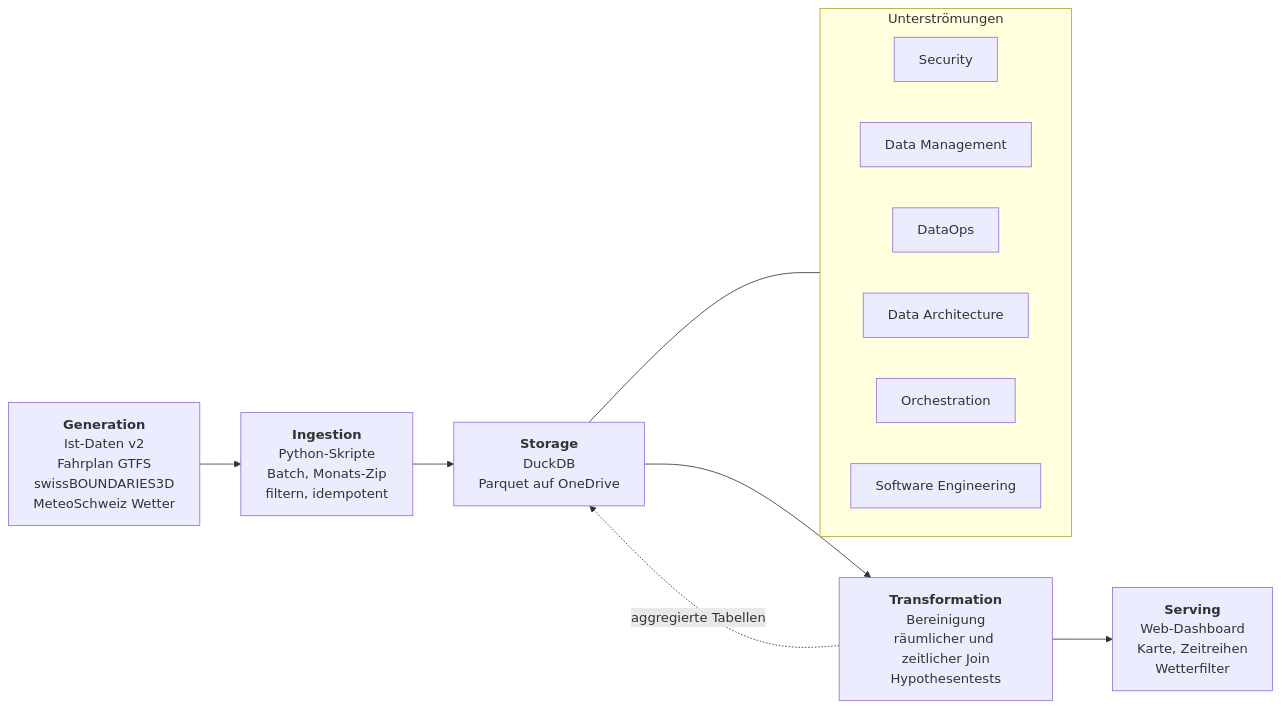
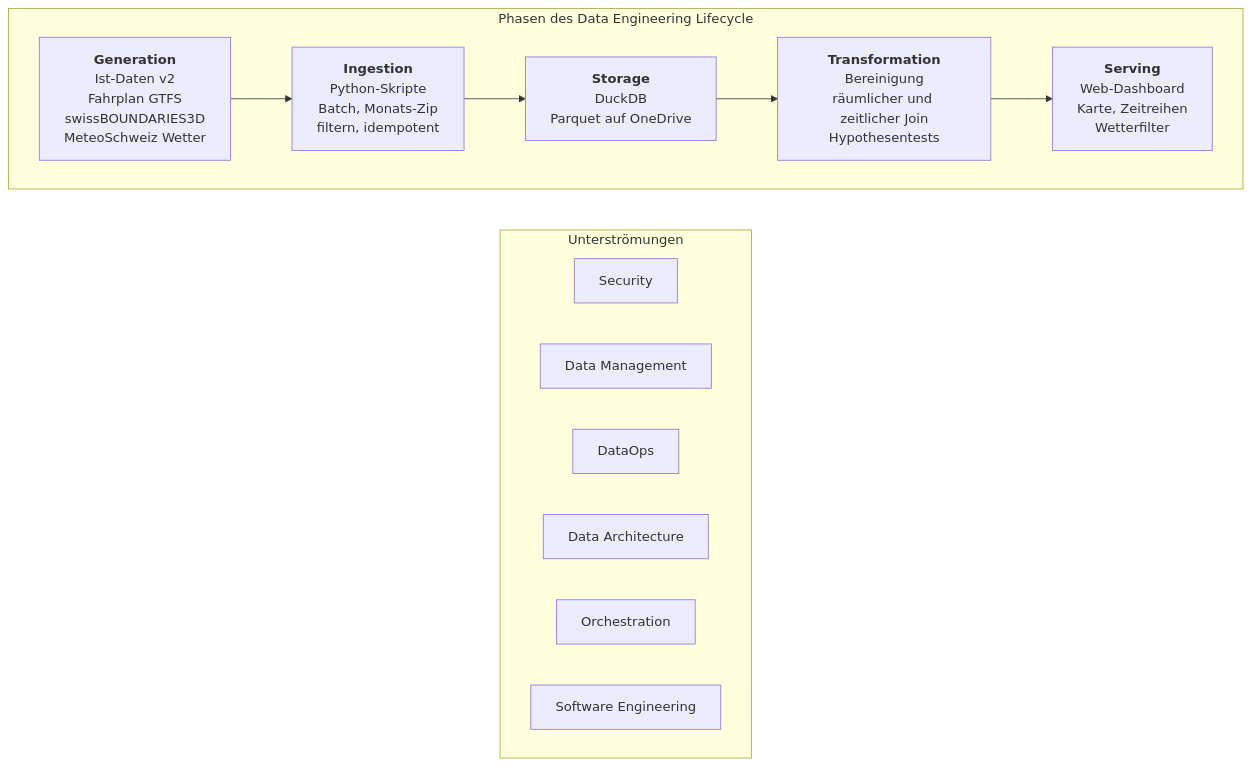
The diagram in docs/lifecycle.md (zeitmann/oev-wetter), drawn with Mermaid before and after one commit.

Commit message:
Paket A: Lifecycle-Diagramm Layout angepasst

````diff
--- a/docs/lifecycle.md
+++ b/docs/lifecycle.md
@@ -9,23 +9,24 @@
 ```mermaid
-flowchart LR
-    G["<b>Generation</b><br/>Ist-Daten v2<br/>Fahrplan GTFS<br/>swissBOUNDARIES3D<br/>MeteoSchweiz Wetter"]
-    I["<b>Ingestion</b><br/>Python-Skripte<br/>Batch, Monats-Zip<br/>filtern, idempotent"]
-    S["<b>Storage</b><br/>DuckDB<br/>Parquet auf OneDrive"]
-    T["<b>Transformation</b><br/>Bereinigung<br/>räumlicher und zeitlicher Join<br/>Hypothesentests"]
-    V["<b>Serving</b><br/>Web-Dashboard<br/>Karte, Zeitreihen<br/>Wetterfilter"]
-
-    G --> I --> S --> T --> V
-    T -. "aggregierte Tabellen" .-> S
+flowchart TB
+    subgraph P["Phasen des Data Engineering Lifecycle"]
+        direction LR
+        G["<b>Generation</b><br/>Ist-Daten v2<br/>Fahrplan GTFS<br/>swissBOUNDARIES3D<br/>MeteoSchweiz Wetter"]
+        I["<b>Ingestion</b><br/>Python-Skripte<br/>Batch, Monats-Zip<br/>filtern, idempotent"]
+        S["<b>Storage</b><br/>DuckDB<br/>Parquet auf OneDrive"]
+        T["<b>Transformation</b><br/>Bereinigung<br/>räumlicher und zeitlicher Join<br/>Hypothesentests"]
+        V["<b>Serving</b><br/>Web-Dashboard<br/>Karte, Zeitreihen<br/>Wetterfilter"]
+        G --> I --> S --> T --> V
+    end
 
     subgraph U["Unterströmungen"]
         direction LR
         U1["Security"]
         U2["Data Management"]
         U3["DataOps"]
         U4["Data Architecture"]
         U5["Orchestration"]
         U6["Software Engineering"]
     end
 
-    S --- U
+    P ~~~ U
 ```
````
